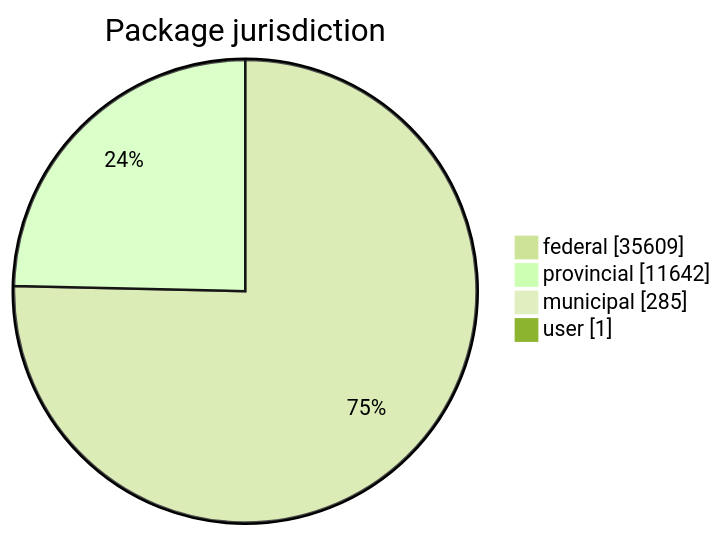
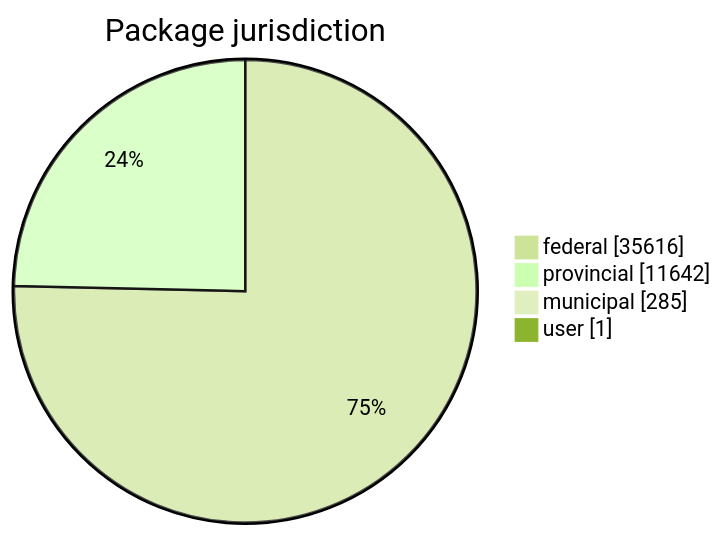
The first of 5 diagrams in FreshCheck/README.md (open-data/analytics-corporate-reporting), drawn with Mermaid (forest theme) before and after one commit. The commit also changed other lines of this file and 3 other files, not shown here.

````diff
--- a/FreshCheck/README.md
+++ b/FreshCheck/README.md
@@ -60,7 +60,7 @@
 ```mermaid
 pie showData title Package jurisdiction
-    "federal": 35609
+    "federal": 35616
     "provincial": 11642
     "municipal": 285
     "user": 1
 ```
````
